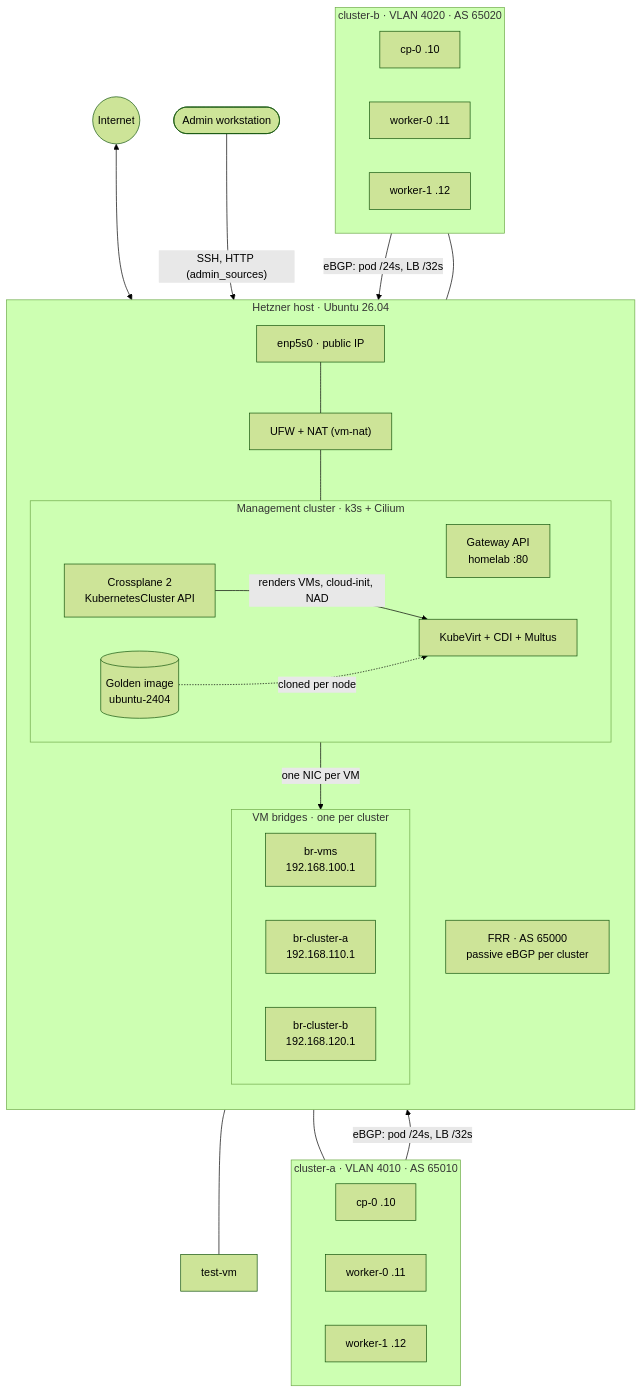
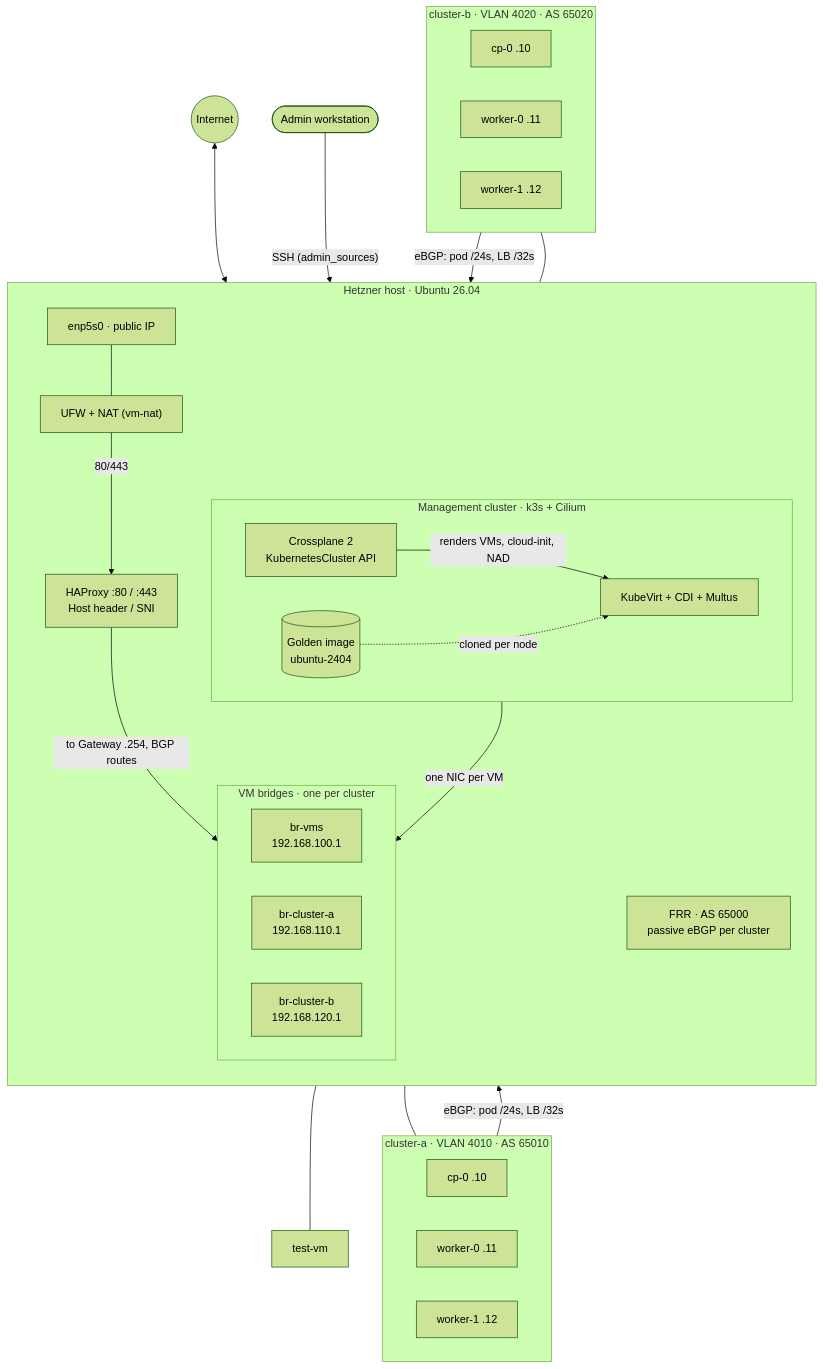
One commit to mohamediag/kubvirt-infra changed the first of 4 diagrams in README.md. Above: the diagram before and after it, drawn with Mermaid (forest theme). The commit also changed other lines of this file and 17 other files, not shown here.

First line of the commit message:
Public ingress through HAProxy on the host

````diff
--- a/README.md
+++ b/README.md
@@ -36,56 +39,57 @@
 ```mermaid
 flowchart TB
     internet(("Internet"))
     admin(["Admin workstation"])
 
     subgraph host["Hetzner host · Ubuntu 26.04"]
         direction TB
         nic["enp5s0 · public IP"]
         fw["UFW + NAT (vm-nat)"]
+        edge["HAProxy :80 / :443<br/>Host header / SNI"]
         frr["FRR · AS 65000<br/>passive eBGP per cluster"]
 
         subgraph mgmt["Management cluster · k3s + Cilium"]
             direction LR
-            gw["Gateway API<br/>homelab :80"]
             xp["Crossplane 2<br/>KubernetesCluster API"]
             kv["KubeVirt + CDI + Multus"]
             img[("Golden image<br/>ubuntu-2404")]
         end
 
         subgraph bridge["VM bridges · one per cluster"]
             direction LR
             g100["br-vms<br/>192.168.100.1"]
             g110["br-cluster-a<br/>192.168.110.1"]
             g120["br-cluster-b<br/>192.168.120.1"]
         end
     end
 
     subgraph ca["cluster-a · VLAN 4010 · AS 65010"]
         direction LR
         a0["cp-0 .10"]
         a1["worker-0 .11"]
         a2["worker-1 .12"]
     end
 
     subgraph cb["cluster-b · VLAN 4020 · AS 65020"]
         direction LR
         b0["cp-0 .10"]
         b1["worker-0 .11"]
         b2["worker-1 .12"]
     end
 
     testvm["test-vm"]
 
     internet <--> nic
-    admin -- "SSH, HTTP (admin_sources)" --> nic
+    admin -- "SSH (admin_sources)" --> nic
     nic --- fw
-    fw --- gw
+    fw -- "80/443" --> edge
+    edge -- "to Gateway .254, BGP routes" --> bridge
     xp -- "renders VMs, cloud-init, NAD" --> kv
     img -. "cloned per node" .-> kv
     kv -- "one NIC per VM" --> bridge
     g100 --- testvm
     g110 --- ca
     g120 --- cb
     ca -- "eBGP: pod /24s, LB /32s" --> frr
     cb -- "eBGP: pod /24s, LB /32s" --> frr
 ```
````
